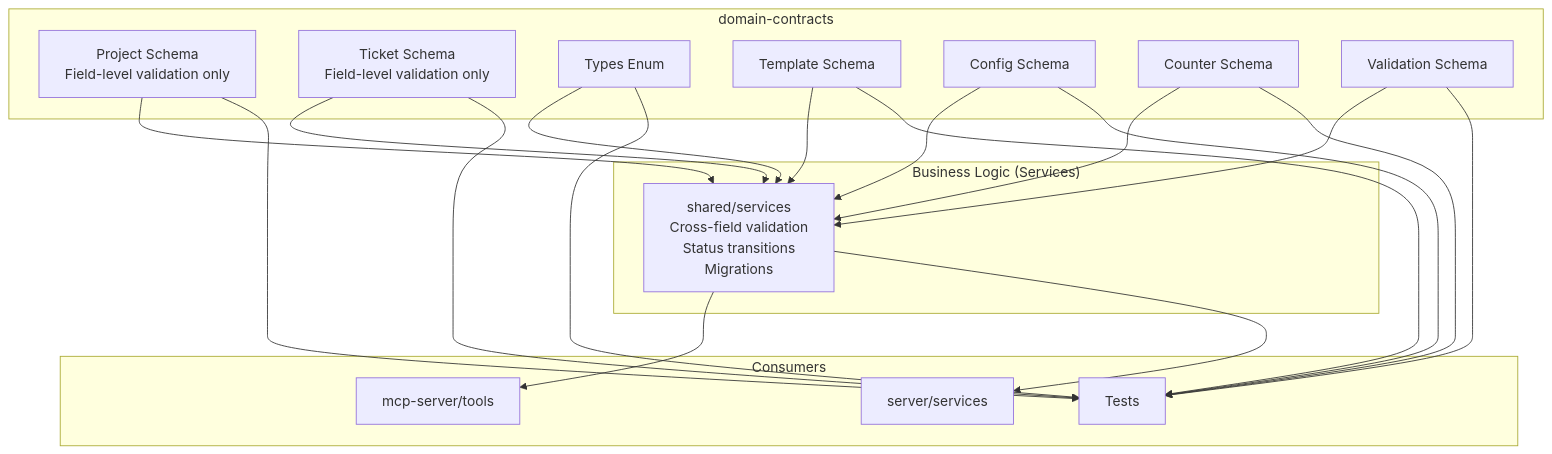
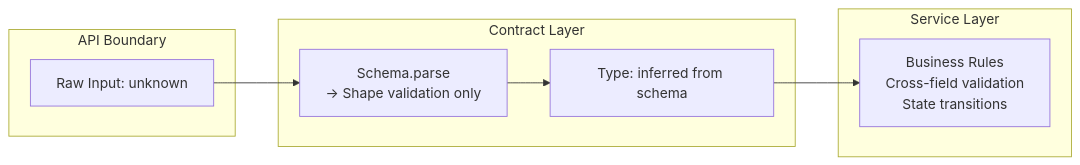
One commit to andkirby/markdown-ticket changed the diagram in docs/CRs/MDT-101/architecture.md. Above: the diagram before and after it, drawn with Mermaid. The commit also changed other lines of this file, not shown here.

First line of the commit message:
refactor(MDT-101): Reorganize architecture document for clarity

````diff
--- a/docs/CRs/MDT-101/architecture.md
+++ b/docs/CRs/MDT-101/architecture.md
@@ -43,36 +31,17 @@
 ```mermaid
-graph TB
-    subgraph "domain-contracts"
-        A[Project Schema<br/>Field-level validation only]
-        B[Ticket Schema<br/>Field-level validation only]
-        C[Types Enum]
-        D[Template Schema]
-        E[Config Schema]
-        F[Counter Schema]
-        G[Validation Schema]
+graph LR
+    subgraph "API Boundary"
+        A[Raw Input: unknown]
     end
-    subgraph "Business Logic (Services)"
-        H[shared/services<br/>Cross-field validation<br/>Status transitions<br/>Migrations]
+    subgraph "Contract Layer"
+        B[Schema.parse<br/>→ Shape validation only]
+        C[Type: inferred from schema]
     end
-    subgraph "Consumers"
-        I[mcp-server/tools]
-        J[server/services]
-        K[Tests]
+    subgraph "Service Layer"
+        D[Business Rules<br/>Cross-field validation<br/>State transitions]
     end
-    A --> H
-    B --> H
-    C --> H
-    D --> H
-    E --> H
-    F --> H
-    G --> H
-    H --> I
-    H --> J
-    A --> K
-    B --> K
-    C --> K
-    D --> K
-    E --> K
-    F --> K
-    G --> K
+
+    A --> B
+    B --> C
+    C --> D
 ```
````
